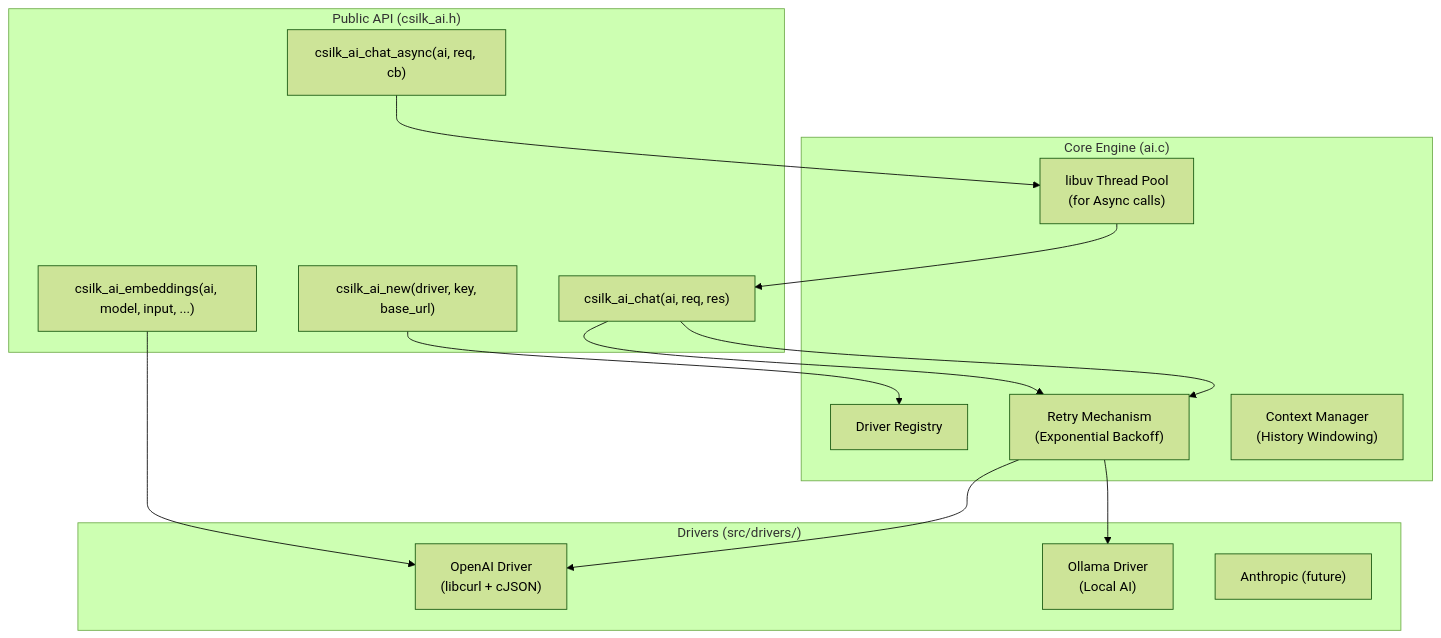
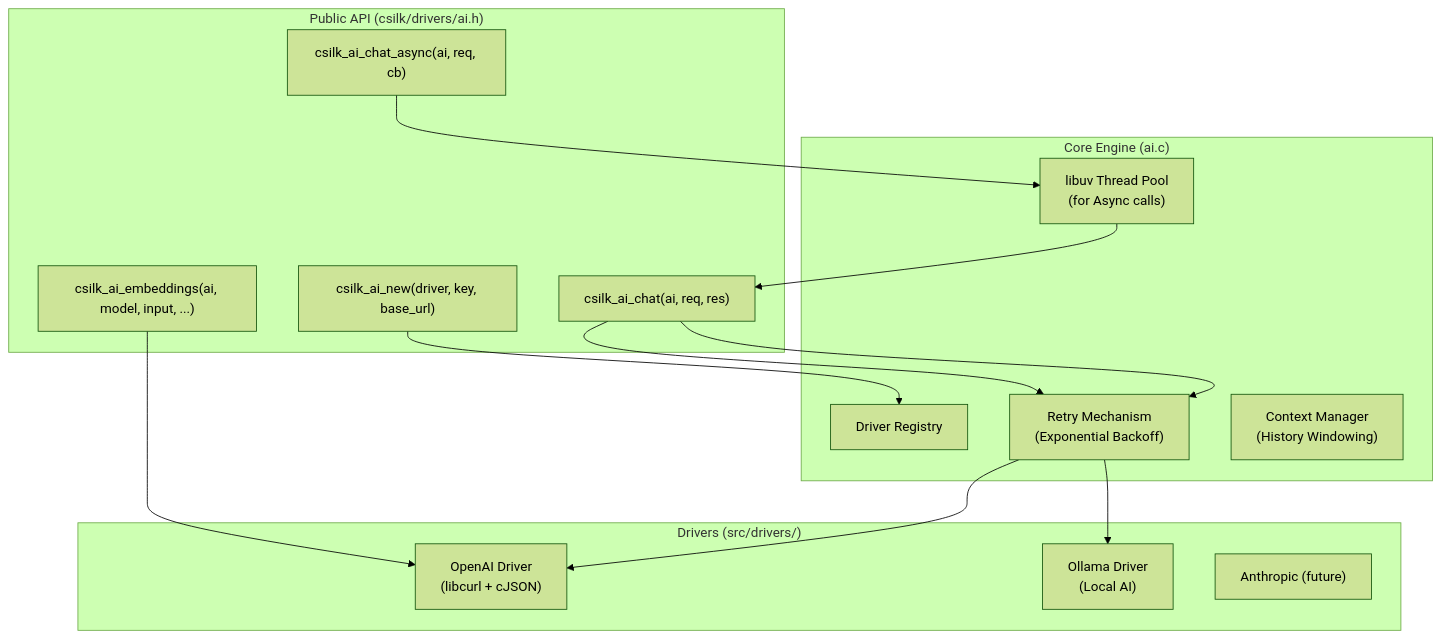
The diagram in docs/module-design/ai.md (quintin-lee/csilk), drawn with Mermaid (forest theme) before and after one commit. The commit also changed 6 other files, not shown here.

````diff
--- a/docs/module-design/ai.md
+++ b/docs/module-design/ai.md
@@ -7,28 +7,28 @@
 ```mermaid
 flowchart TB
-    subgraph "Public API (csilk_ai.h)"
+    subgraph "Public API (csilk/drivers/ai.h)"
         NEW["csilk_ai_new(driver, key, base_url)"]
         CHAT["csilk_ai_chat(ai, req, res)"]
         ASYNC["csilk_ai_chat_async(ai, req, cb)"]
         EMB["csilk_ai_embeddings(ai, model, input, ...)"]
     end
 
     subgraph "Core Engine (ai.c)"
         REG["Driver Registry"]
         POOL["libuv Thread Pool\n(for Async calls)"]
         RETRY["Retry Mechanism\n(Exponential Backoff)"]
         CTX["Context Manager\n(History Windowing)"]
     end
 
     subgraph "Drivers (src/drivers/)"
         D1["OpenAI Driver\n(libcurl + cJSON)"]
         D2["Ollama Driver\n(Local AI)"]
         D3["Anthropic (future)"]
     end
 
     NEW --> REG
     CHAT --> RETRY --> D1
     CHAT --> RETRY --> D2
     ASYNC --> POOL --> CHAT
     EMB --> D1
 ```
````
